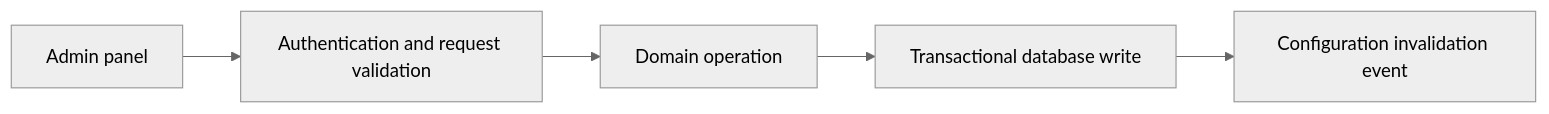
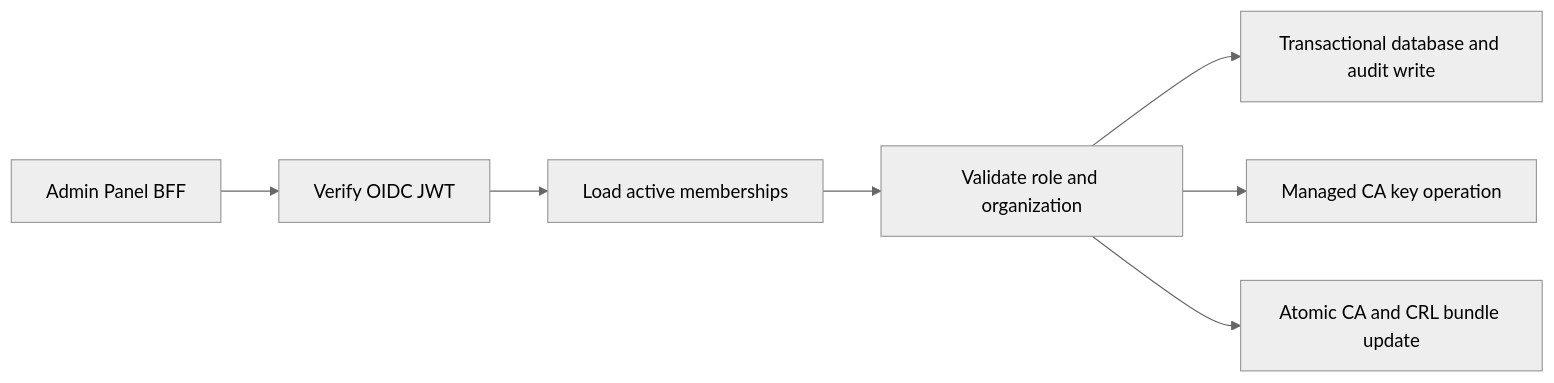
The diagram in docs/02-architecture/Management API.md (c4rl0s04/api-gateway-platform), drawn with Mermaid (neutral theme) before and after one commit. The commit also changed other lines of this file and 16 other files, not shown here.

Commit message:
docs(mtls): document multi-client pki architecture

````diff
--- a/docs/02-architecture/Management API.md
+++ b/docs/02-architecture/Management API.md
@@ -38,7 +40,9 @@
 ```mermaid
 flowchart LR
-    CLIENT["Admin panel"] --> VALIDATION["Authentication and request validation"]
-    VALIDATION --> DOMAIN["Domain operation"]
-    DOMAIN --> DATABASE["Transactional database write"]
-    DATABASE --> EVENT["Configuration invalidation event"]
+    CLIENT["Admin Panel BFF"] --> OIDC["Verify OIDC JWT"]
+    OIDC --> MEMBERSHIP["Load active memberships"]
+    MEMBERSHIP --> DOMAIN["Validate role and organization"]
+    DOMAIN --> DATABASE["Transactional database and audit write"]
+    DOMAIN --> KEYSTORE["Managed CA key operation"]
+    DOMAIN --> SDS["Atomic CA and CRL bundle update"]
 ```
````
